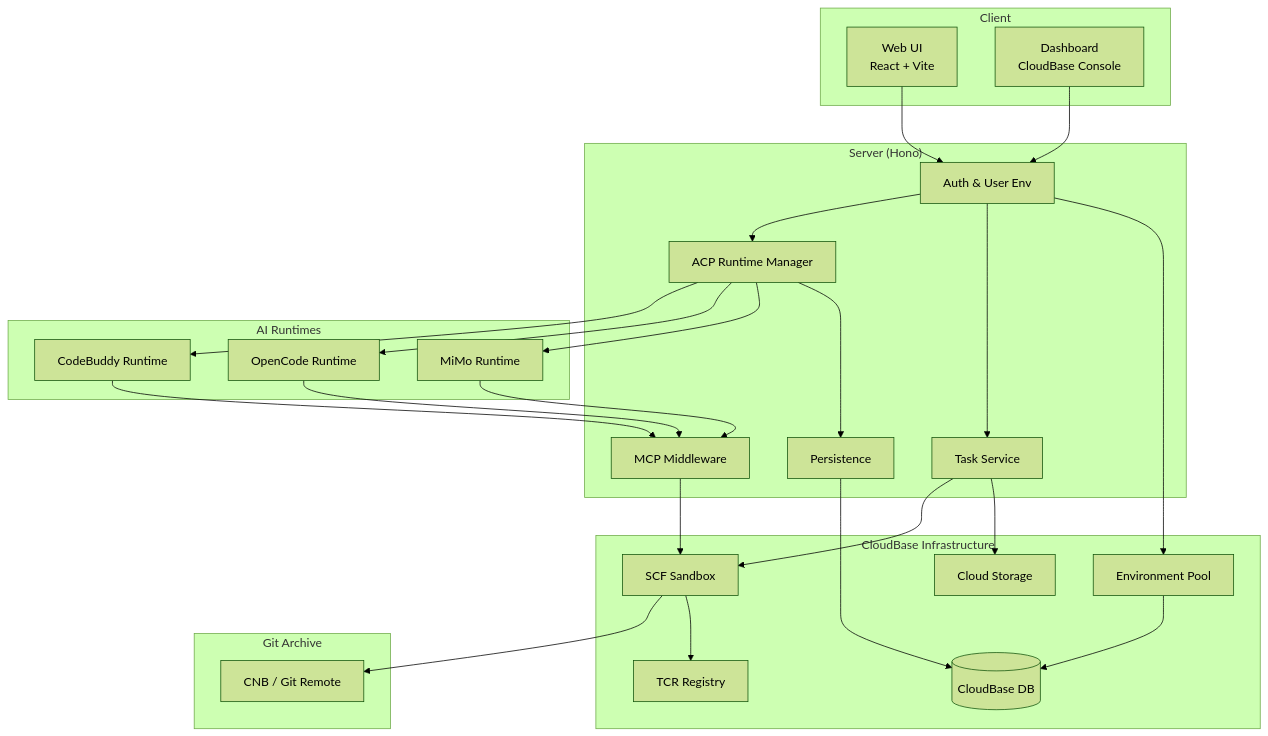
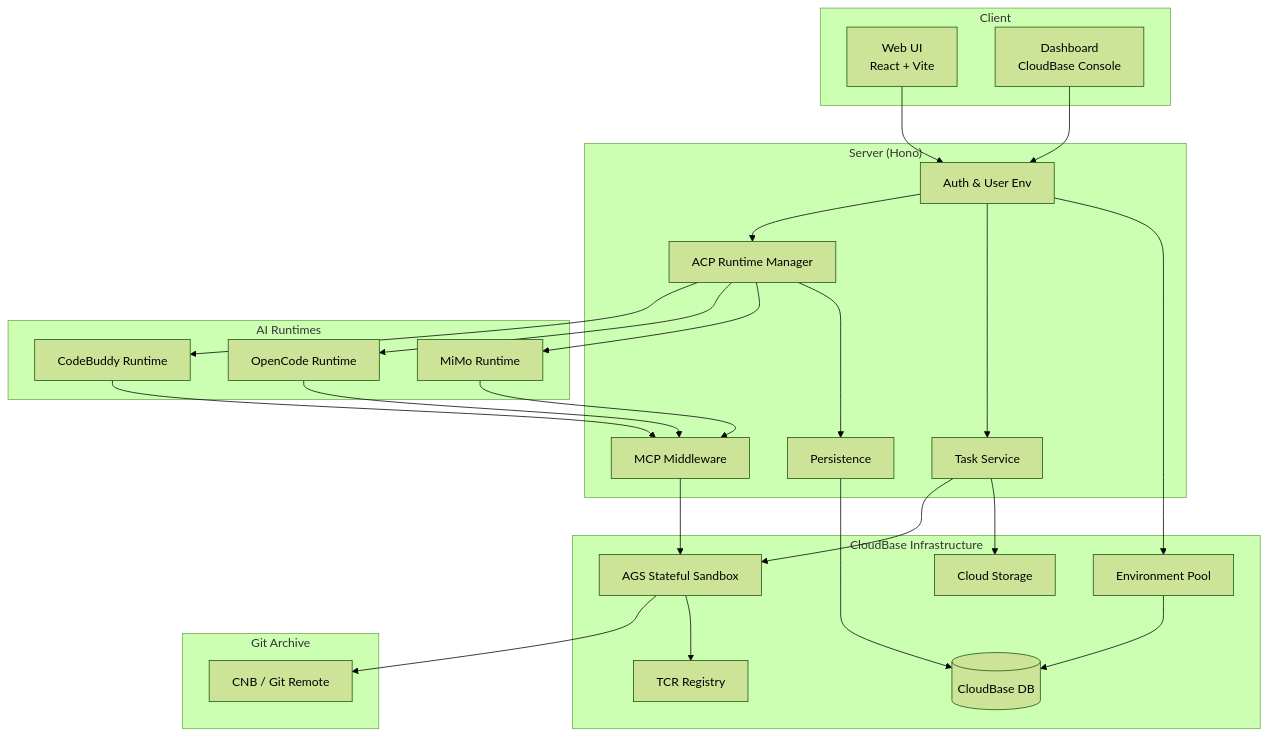
One commit to TencentCloudBase/OpenVibeCoding changed the first of 5 diagrams in docs/architecture.md. Above: the diagram before and after it, drawn with Mermaid (forest theme). The commit also changed other lines of this file and 10 other files, not shown here.

First line of the commit message:
docs(stateful): align docs and init with AGS/TRW sandbox

````diff
--- a/docs/architecture.md
+++ b/docs/architecture.md
@@ -7,47 +7,47 @@
 ```mermaid
 graph TB
     subgraph Client["Client"]
         Web["Web UI<br/>React + Vite"]
         Dashboard["Dashboard<br/>CloudBase Console"]
     end
 
     subgraph Server["Server (Hono)"]
         Auth["Auth & User Env"]
         RuntimeMgr["ACP Runtime Manager"]
         TaskSvc["Task Service"]
         Persist["Persistence"]
         MCPMiddleware["MCP Middleware"]
     end
 
     subgraph Runtimes["AI Runtimes"]
         CodeBuddy["CodeBuddy Runtime"]
         OpenCode["OpenCode Runtime"]
         MiMo["MiMo Runtime"]
     end
 
     subgraph Infra["CloudBase Infrastructure"]
         DB[("CloudBase DB")]
-        SCF["SCF Sandbox"]
+        AGS["AGS Stateful Sandbox"]
         Storage["Cloud Storage"]
         TCR["TCR Registry"]
         EnvPool["Environment Pool"]
     end
 
     subgraph Git["Git Archive"]
         CNB["CNB / Git Remote"]
     end
 
     Web --> Auth
     Dashboard --> Auth
     Auth --> RuntimeMgr
     Auth --> TaskSvc
     RuntimeMgr --> CodeBuddy & OpenCode & MiMo
     CodeBuddy & OpenCode & MiMo --> MCPMiddleware
-    MCPMiddleware --> SCF
-    TaskSvc --> SCF
+    MCPMiddleware --> AGS
+    TaskSvc --> AGS
     RuntimeMgr --> Persist --> DB
-    SCF --> CNB
-    SCF --> TCR
+    AGS --> CNB
+    AGS --> TCR
     TaskSvc --> Storage
     Auth --> EnvPool --> DB
 ```
````
